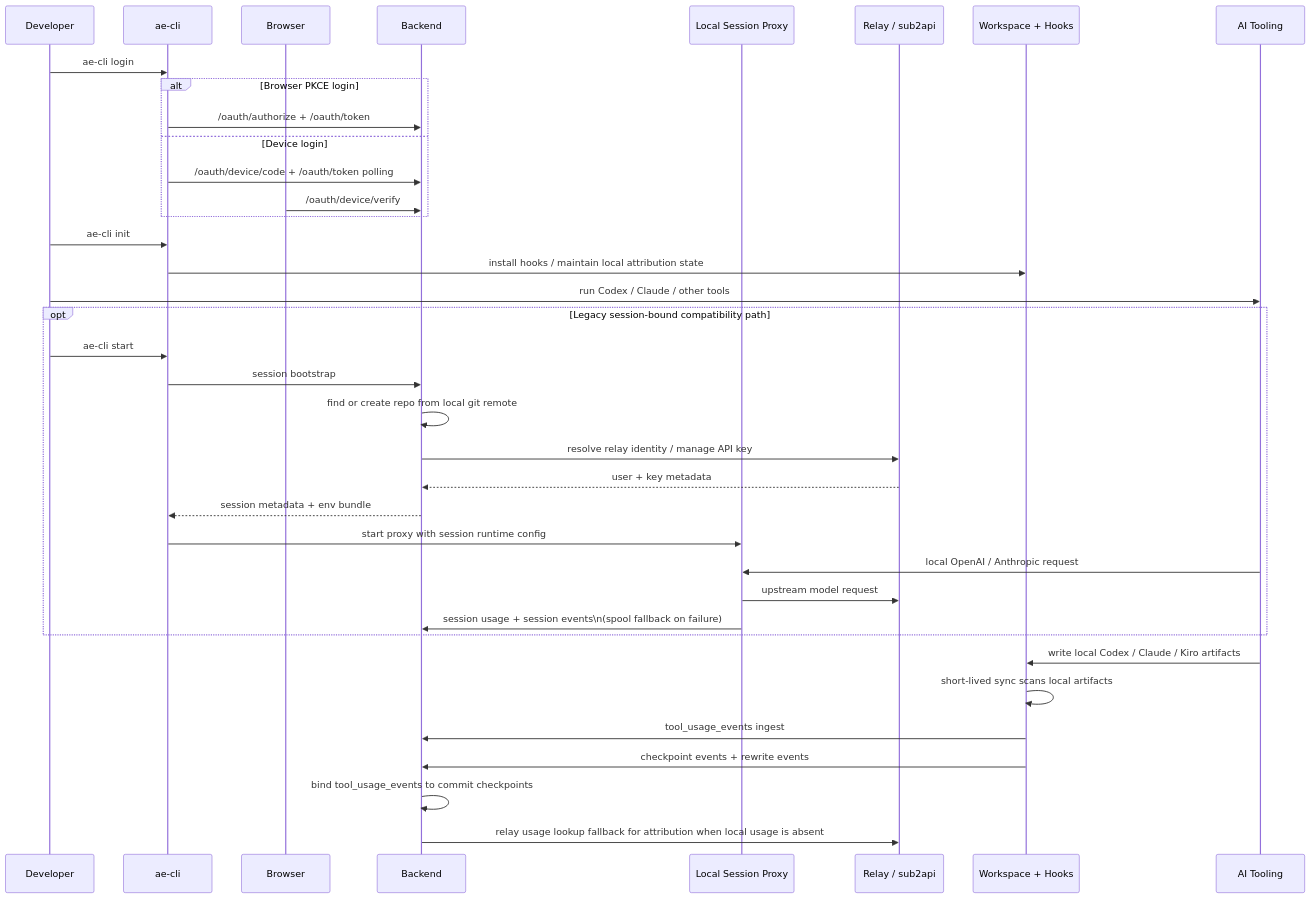
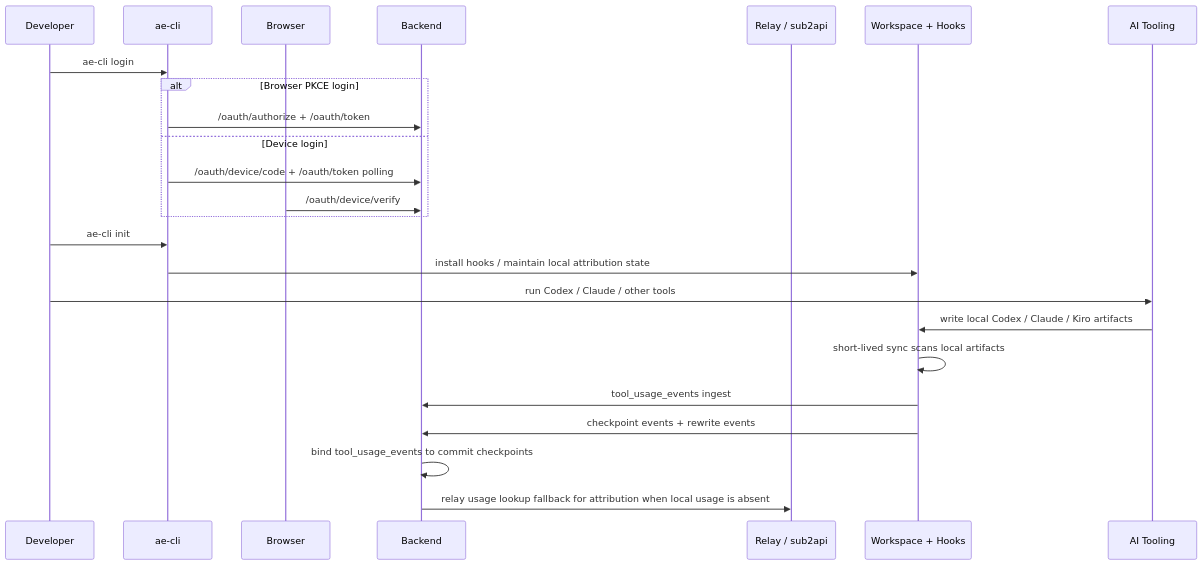
One commit to LichKing-2234/ai-efficiency changed the third of 4 diagrams in docs/architecture.md. Above: the diagram before and after it, drawn with Mermaid. The commit also changed other lines of this file and 36 other files, not shown here.

Commit message:
refactor(session): retire legacy runtime surfaces

````diff
--- a/docs/architecture.md
+++ b/docs/architecture.md
@@ -126,40 +125,27 @@
 ```mermaid
 sequenceDiagram
     participant Dev as Developer
     participant CLI as ae-cli
     participant Browser as Browser
     participant BE as Backend
-    participant Proxy as Local Session Proxy
     participant Relay as Relay / sub2api
     participant WS as Workspace + Hooks
     participant Tool as AI Tooling
 
     Dev->>CLI: ae-cli login
     alt Browser PKCE login
         CLI->>BE: /oauth/authorize + /oauth/token
     else Device login
         CLI->>BE: /oauth/device/code + /oauth/token polling
         Browser->>BE: /oauth/device/verify
     end
     Dev->>CLI: ae-cli init
     CLI->>WS: install hooks / maintain local attribution state
     Dev->>Tool: run Codex / Claude / other tools
-    opt Legacy session-bound compatibility path
-        Dev->>CLI: ae-cli start
-        CLI->>BE: session bootstrap
-        BE->>BE: find or create repo from local git remote
-        BE->>Relay: resolve relay identity / manage API key
-        Relay-->>BE: user + key metadata
-        BE-->>CLI: session metadata + env bundle
-        CLI->>Proxy: start proxy with session runtime config
-        Tool->>Proxy: local OpenAI / Anthropic request
-        Proxy->>Relay: upstream model request
-        Proxy->>BE: session usage + session events\n(spool fallback on failure)
-    end
     Tool->>WS: write local Codex / Claude / Kiro artifacts
     WS->>WS: short-lived sync scans local artifacts
     WS->>BE: tool_usage_events ingest
     WS->>BE: checkpoint events + rewrite events
     BE->>BE: bind tool_usage_events to commit checkpoints
     BE->>Relay: relay usage lookup fallback for attribution when local usage is absent
 ```
````
